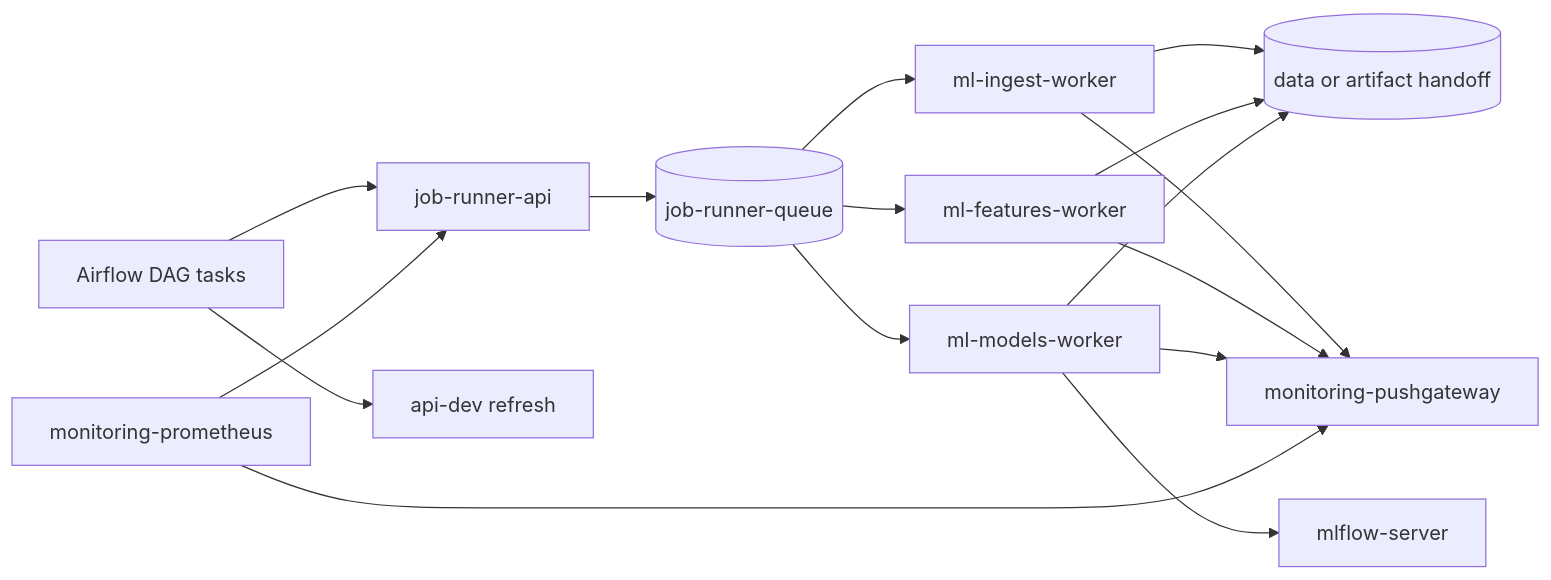
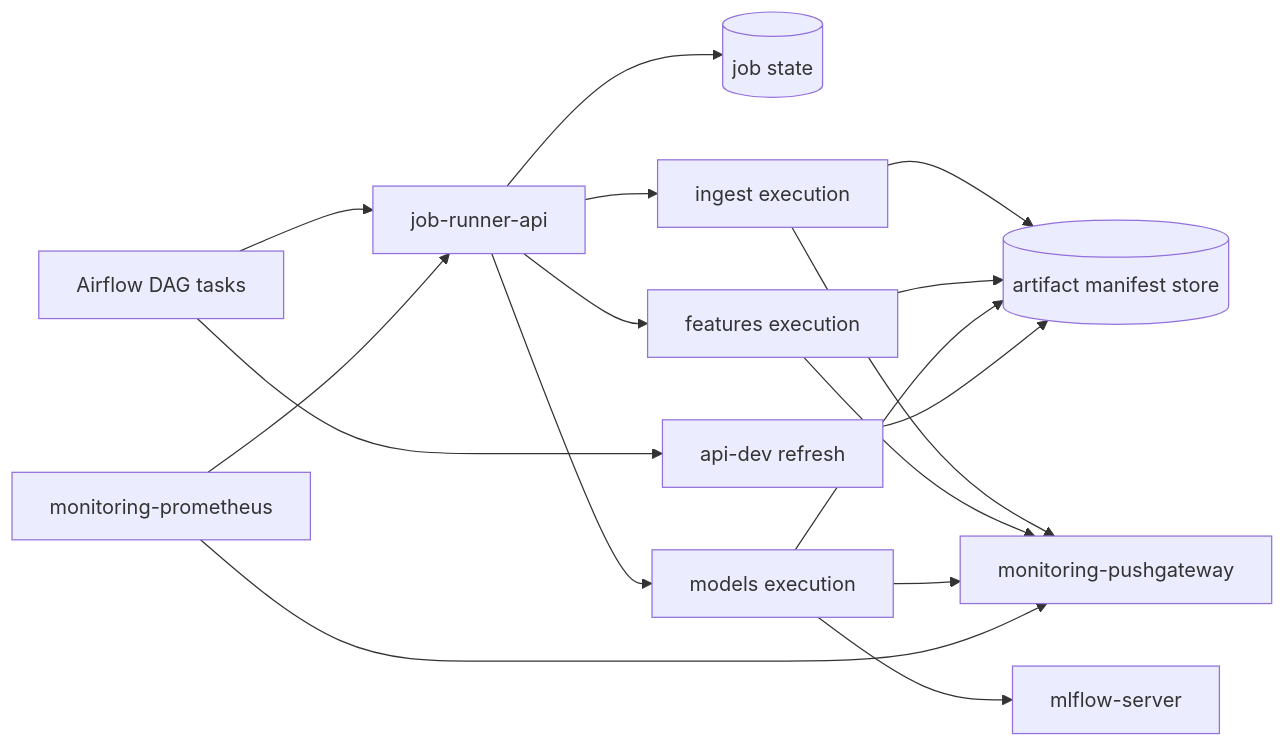
Before and after one commit to zheddhe/avr25-mle-trafic-cycliste: the diagram in docs/airflow-job-runner-strategy.md, drawn with Mermaid. The commit also changed other lines of this file, not shown here.

Commit message:
docs: clarify runner strategy as phase 8 target

````diff
--- a/docs/airflow-job-runner-strategy.md
+++ b/docs/airflow-job-runner-strategy.md
@@ -142,20 +138,21 @@
 ```mermaid
 flowchart LR
     airflow[Airflow DAG tasks] --> job_api[job-runner-api]
-    job_api --> queue[(job-runner-queue)]
-    queue --> worker_ingest[ml-ingest-worker]
-    queue --> worker_features[ml-features-worker]
-    queue --> worker_models[ml-models-worker]
+    job_api --> state[(job state)]
+    job_api --> worker_ingest[ingest execution]
+    job_api --> worker_features[features execution]
+    job_api --> worker_models[models execution]
 
-    worker_ingest --> data[(data or artifact handoff)]
-    worker_features --> data
-    worker_models --> data
+    worker_ingest --> artifacts[(artifact manifest store)]
+    worker_features --> artifacts
+    worker_models --> artifacts
     worker_models --> mlflow[mlflow-server]
     worker_ingest --> pushgateway[monitoring-pushgateway]
     worker_features --> pushgateway
     worker_models --> pushgateway
 
     airflow --> api[api-dev refresh]
+    api --> artifacts
     prometheus[monitoring-prometheus] --> job_api
     prometheus --> pushgateway
 ```
````
